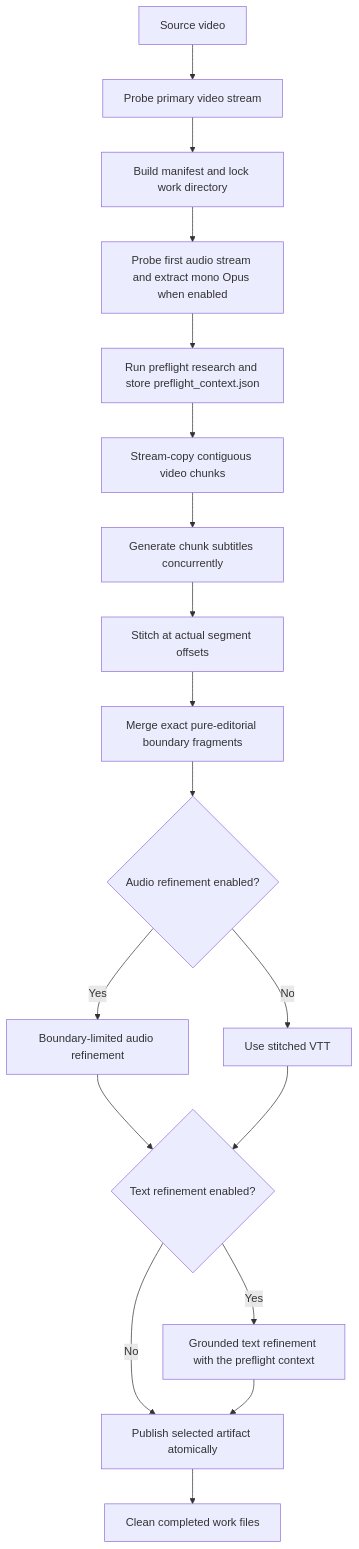
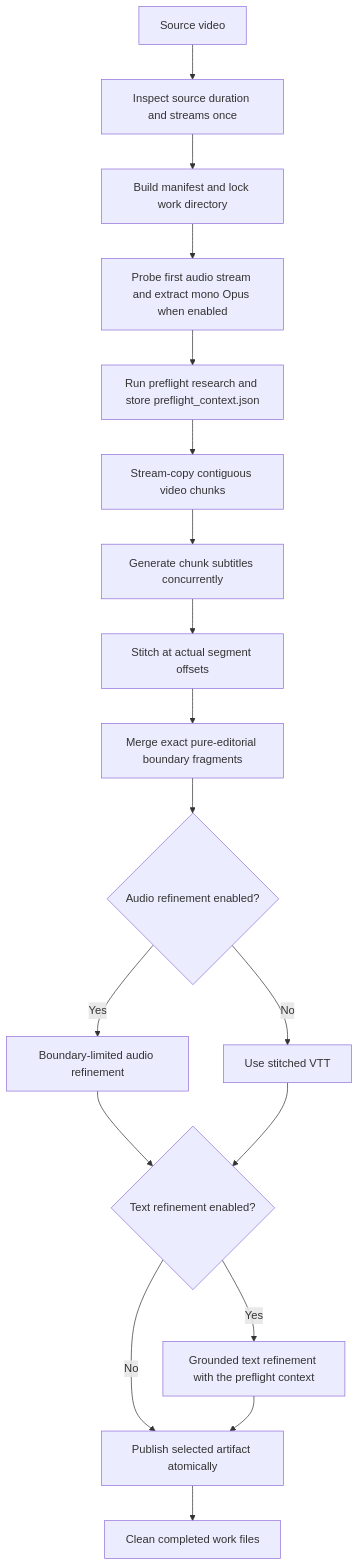
Before and after one commit to gotenksIN/video-subtitler: the second of 2 diagrams in CONTEXT.md, drawn with Mermaid. The commit also changed other lines of this file and 10 other files, not shown here.

````diff
--- a/CONTEXT.md
+++ b/CONTEXT.md
@@ -37,20 +37,20 @@
 ```mermaid
 flowchart TD
-    A[Source video] --> B[Probe primary video stream]
+    A[Source video] --> B[Inspect source duration and streams once]
     B --> C[Build manifest and lock work directory]
     C --> D[Probe first audio stream and extract mono Opus when enabled]
     D --> E[Run preflight research and store preflight_context.json]
     E --> F[Stream-copy contiguous video chunks]
     F --> G[Generate chunk subtitles concurrently]
     G --> H[Stitch at actual segment offsets]
     H --> I[Merge exact pure-editorial boundary fragments]
     I --> J{Audio refinement enabled?}
     J -->|Yes| K[Boundary-limited audio refinement]
     J -->|No| L[Use stitched VTT]
     K --> M{Text refinement enabled?}
     L --> M
     M -->|Yes| N[Grounded text refinement with the preflight context]
     M -->|No| O[Publish selected artifact atomically]
     N --> O
     O --> P[Clean completed work files]
 ```
````
